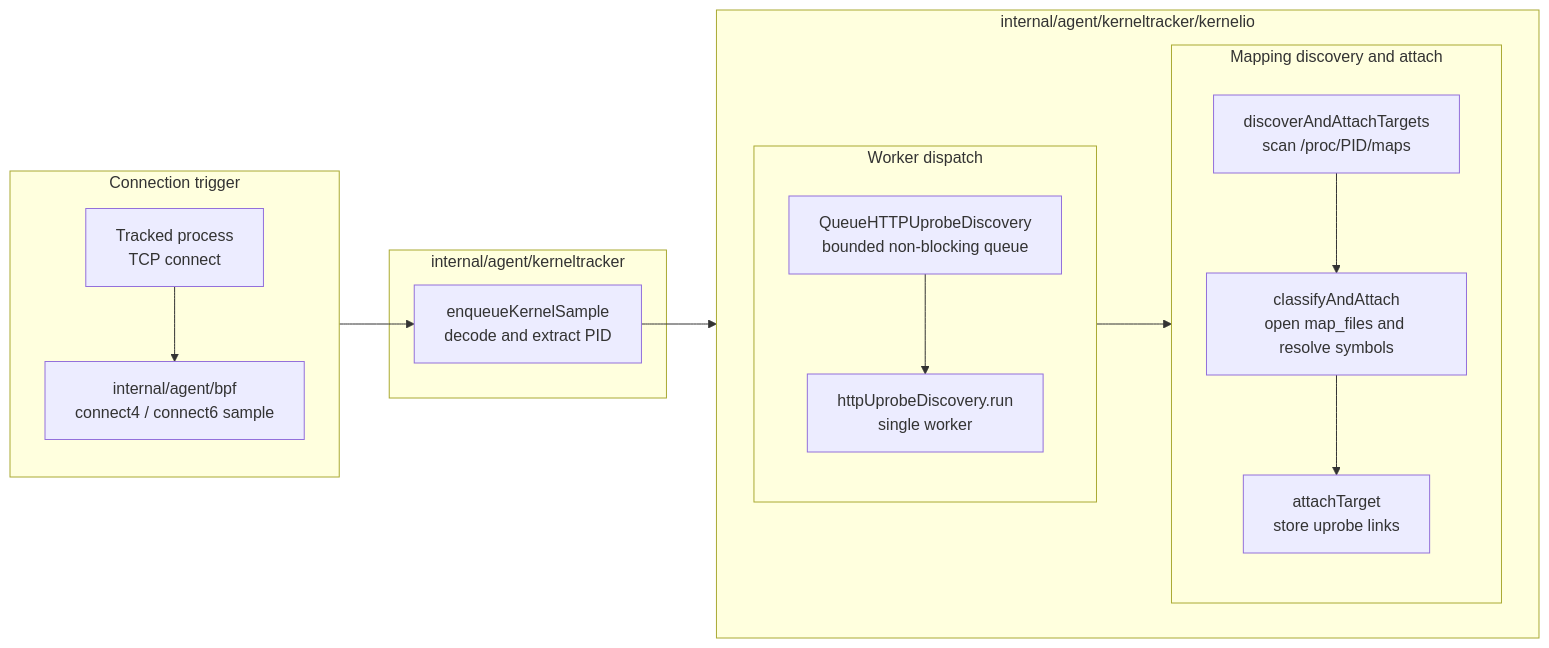
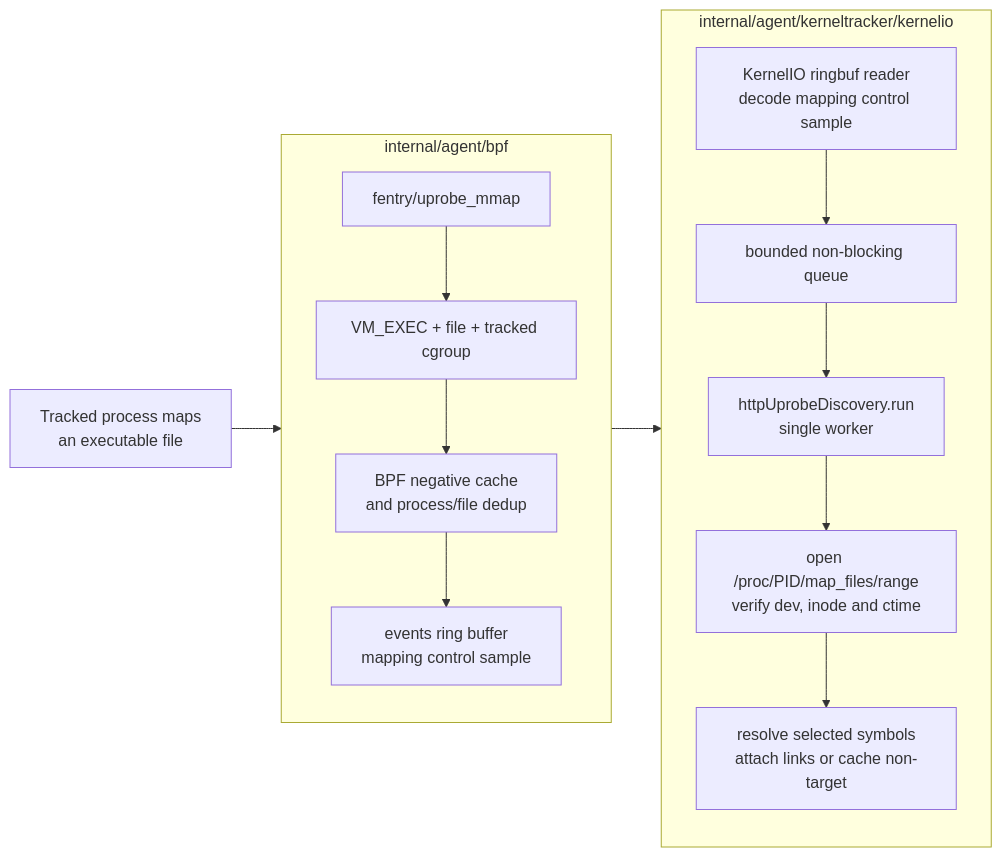
Before and after one commit to cicd-sensor/cicd-sensor: the second of 4 diagrams in docs/developer-guide/ebpf/http-uprobes.md, drawn with Mermaid. The commit also changed other lines of this file and 32 other files, not shown here.

Commit message:
feat(agent): discover HTTP uprobes from executable mappings

````diff
--- a/docs/developer-guide/ebpf/http-uprobes.md
+++ b/docs/developer-guide/ebpf/http-uprobes.md
@@ -104,33 +117,26 @@
 ```mermaid
 flowchart LR
-    subgraph TRIGGER["Connection trigger"]
+    P["Tracked process maps<br/>an executable file"]
+
+    subgraph BPF["internal/agent/bpf"]
         direction TB
-        P["Tracked process<br/>TCP connect"]
-        N["internal/agent/bpf<br/>connect4 / connect6 sample"]
-        P --> N
-    end
-
-    subgraph KT["internal/agent/kerneltracker"]
-        D["enqueueKernelSample<br/>decode and extract PID"]
+        M["fentry/uprobe_mmap"]
+        F["VM_EXEC + file + tracked cgroup"]
+        C["BPF negative cache<br/>and process/file dedup"]
+        R["events ring buffer<br/>mapping control sample"]
+        M --> F --> C --> R
     end
 
     subgraph KIO["internal/agent/kerneltracker/kernelio"]
-        direction LR
-        subgraph DISPATCH["Worker dispatch"]
-            direction TB
-            Q["QueueHTTPUprobeDiscovery<br/>bounded non-blocking queue"]
-            W["httpUprobeDiscovery.run<br/>single worker"]
-            Q --> W
-        end
-        subgraph ATTACH_FLOW["Mapping discovery and attach"]
-            direction TB
-            M["discoverAndAttachTargets<br/>scan /proc/PID/maps"]
-            A["classifyAndAttach<br/>open map_files and resolve symbols"]
-            L["attachTarget<br/>store uprobe links"]
-            M --> A --> L
-        end
-        W --> M
+        direction TB
+        D["KernelIO ringbuf reader<br/>decode mapping control sample"]
+        Q["bounded non-blocking queue"]
+        W["httpUprobeDiscovery.run<br/>single worker"]
+        O["open /proc/PID/map_files/range<br/>verify dev, inode and ctime"]
+        A["resolve selected symbols<br/>attach links or cache non-target"]
+        D --> Q --> W --> O --> A
     end
 
-    N --> D --> Q
+    P --> M
+    R --> D
 ```
````
